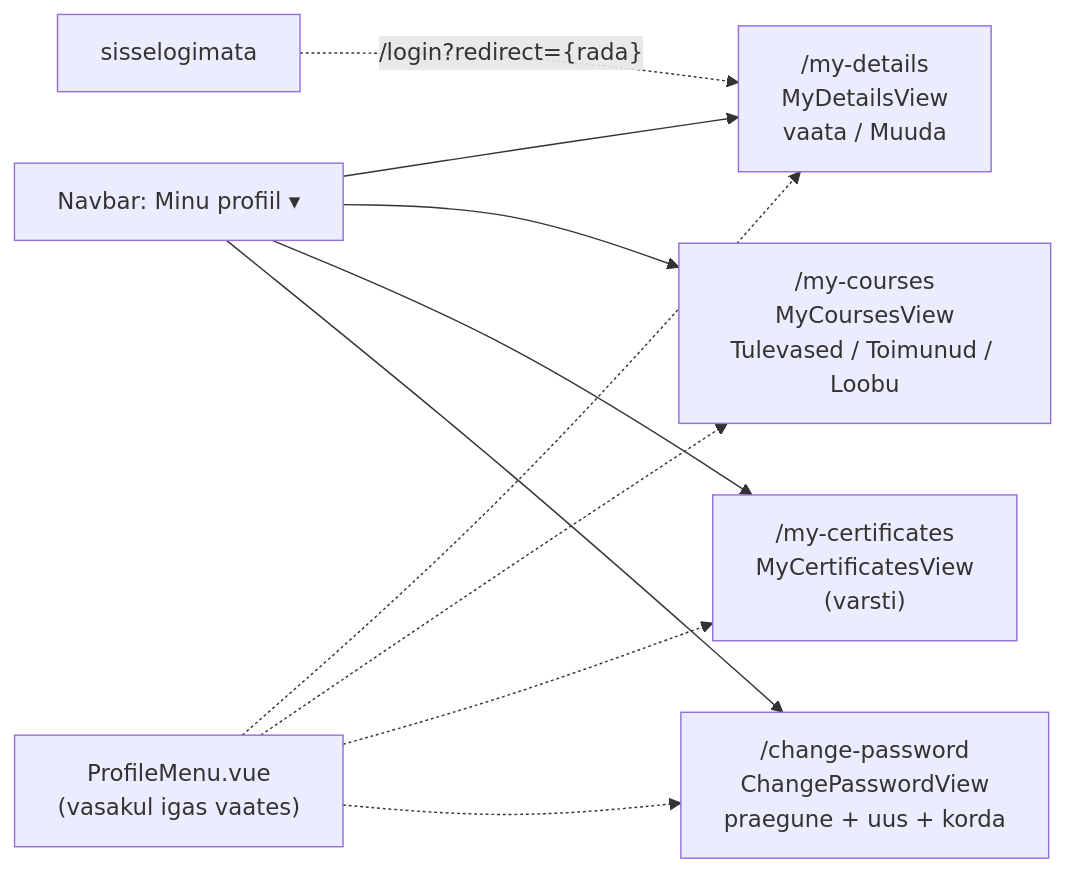
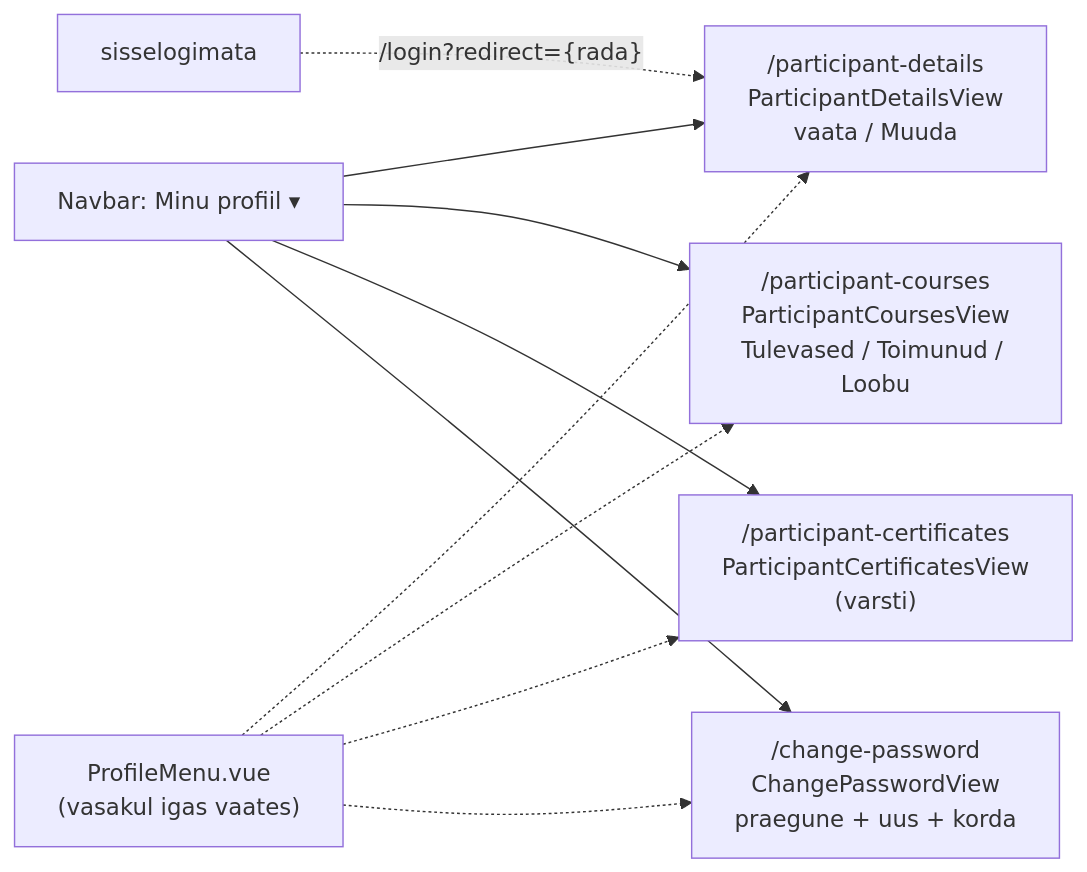
Before and after one commit to FredLehing/bcs-koolitused: the first of 5 diagrams in docs/mock-wireframe/loo-mock-vaade/profile-view/profile-view-skeemid.md, drawn with Mermaid. The commit also changed other lines of this file and 4 other files, not shown here.

````diff
--- a/docs/mock-wireframe/loo-mock-vaade/profile-view/profile-view-skeemid.md
+++ b/docs/mock-wireframe/loo-mock-vaade/profile-view/profile-view-skeemid.md
@@ -98,13 +99,13 @@
 ```mermaid
 flowchart LR
     Nav["Navbar: Minu profiil ▾"] --> D
     Nav --> C
     Nav --> T
     Nav --> W
     Menu["ProfileMenu.vue<br/>(vasakul igas vaates)"] -.-> D & C & T & W
-    D["/my-details<br/>MyDetailsView<br/>vaata / Muuda"]
-    C["/my-courses<br/>MyCoursesView<br/>Tulevased / Toimunud / Loobu"]
-    T["/my-certificates<br/>MyCertificatesView<br/>(varsti)"]
+    D["/participant-details<br/>ParticipantDetailsView<br/>vaata / Muuda"]
+    C["/participant-courses<br/>ParticipantCoursesView<br/>Tulevased / Toimunud / Loobu"]
+    T["/participant-certificates<br/>ParticipantCertificatesView<br/>(varsti)"]
     W["/change-password<br/>ChangePasswordView<br/>praegune + uus + korda"]
     Login["sisselogimata"] -.->|"/login?redirect={rada}"| D
 ```
````
